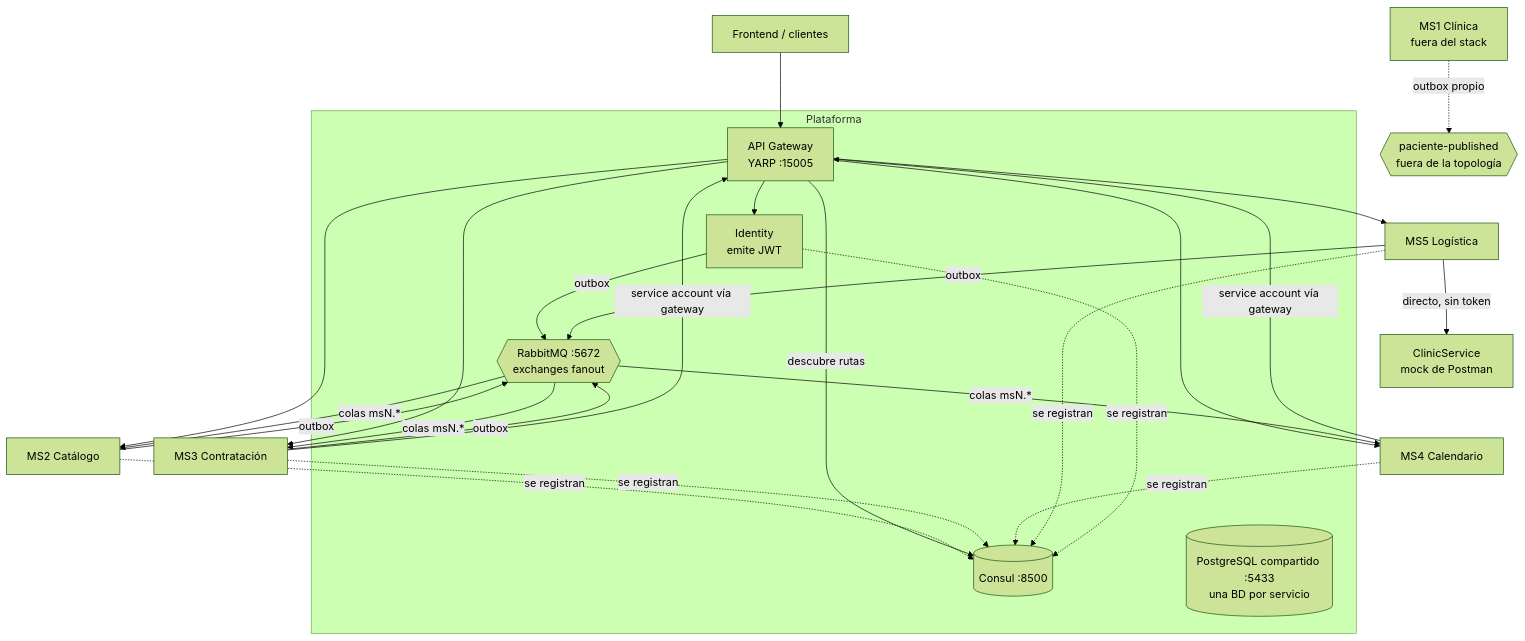
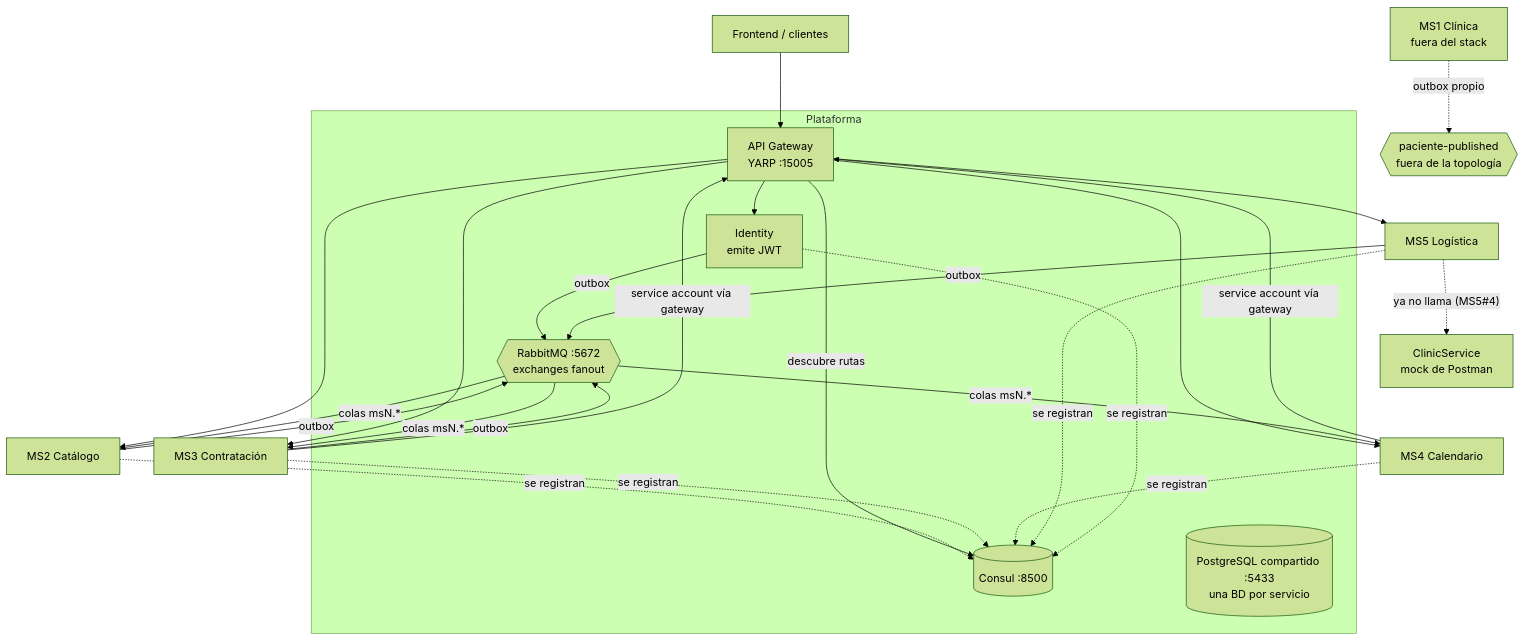
The diagram in platform/architecture.md (Nur-tricenter/knowledge), drawn with Mermaid (forest theme) before and after one commit. The commit also changed 11 other files, not shown here.

````diff
--- a/platform/architecture.md
+++ b/platform/architecture.md
@@ -3,29 +3,29 @@
 ```mermaid
 flowchart TB
   FE[Frontend / clientes] --> GW
   subgraph Plataforma
     GW[API Gateway<br/>YARP :15005]
     CS[(Consul :8500)]
     ID[Identity<br/>emite JWT]
     MQ{{RabbitMQ :5672<br/>exchanges fanout}}
     PG[(PostgreSQL compartido :5433<br/>una BD por servicio)]
   end
   GW -- descubre rutas --> CS
   GW --> ID
   GW --> MS2[MS2 Catálogo]
   GW --> MS3[MS3 Contratación]
   GW --> MS4[MS4 Calendario]
   GW --> MS5[MS5 Logística]
   MS2 & MS3 & MS4 & MS5 & ID -. se registran .-> CS
   MS2 -- outbox --> MQ
   ID -- outbox --> MQ
   MS3 -- outbox --> MQ
   MS5 -- outbox --> MQ
   MQ -- colas msN.* --> MS2
   MQ -- colas msN.* --> MS3
   MQ -- colas msN.* --> MS4
   MS3 -- service account vía gateway --> GW
   MS4 -- service account vía gateway --> GW
-  MS5 -- directo, sin token --> MOCK[ClinicService<br/>mock de Postman]
+  MS5 -. "ya no llama (MS5#4)" .-> MOCK[ClinicService<br/>mock de Postman]
   MS1[MS1 Clínica<br/>fuera del stack] -. outbox propio .-> MQ1{{paciente-published<br/>fuera de la topología}}
 ```
````
